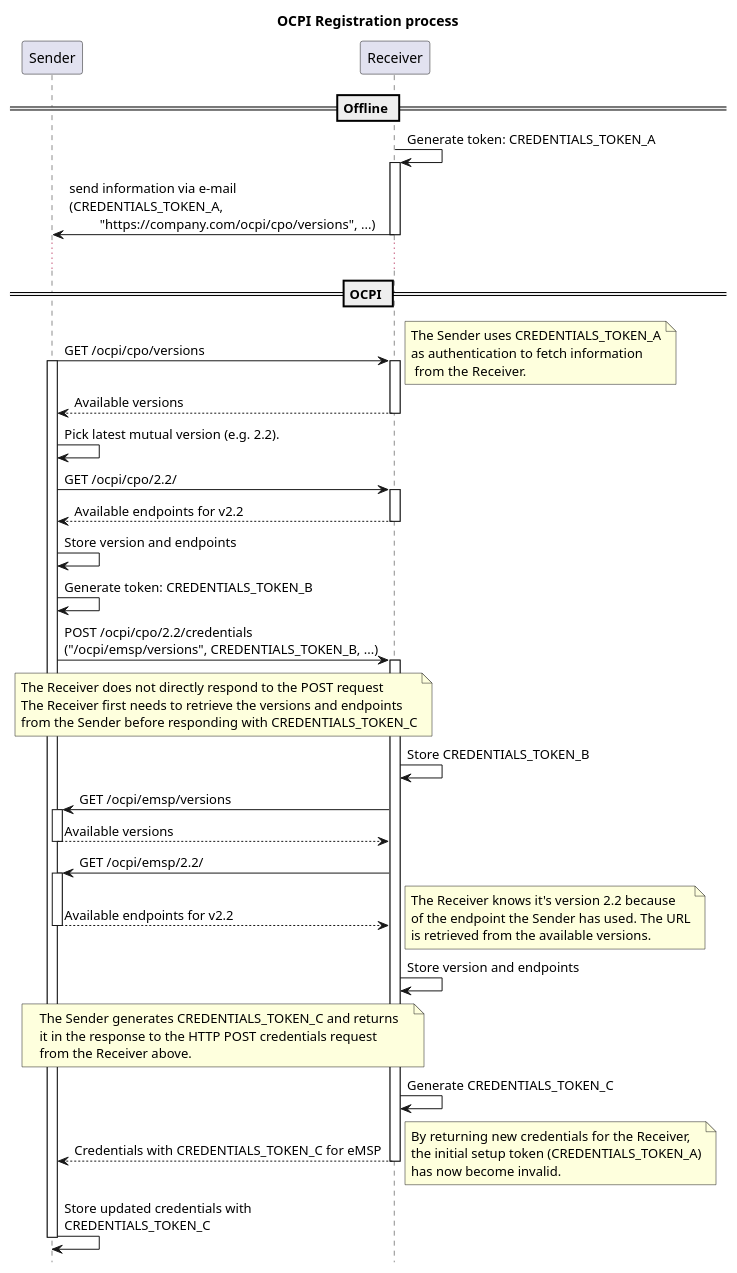
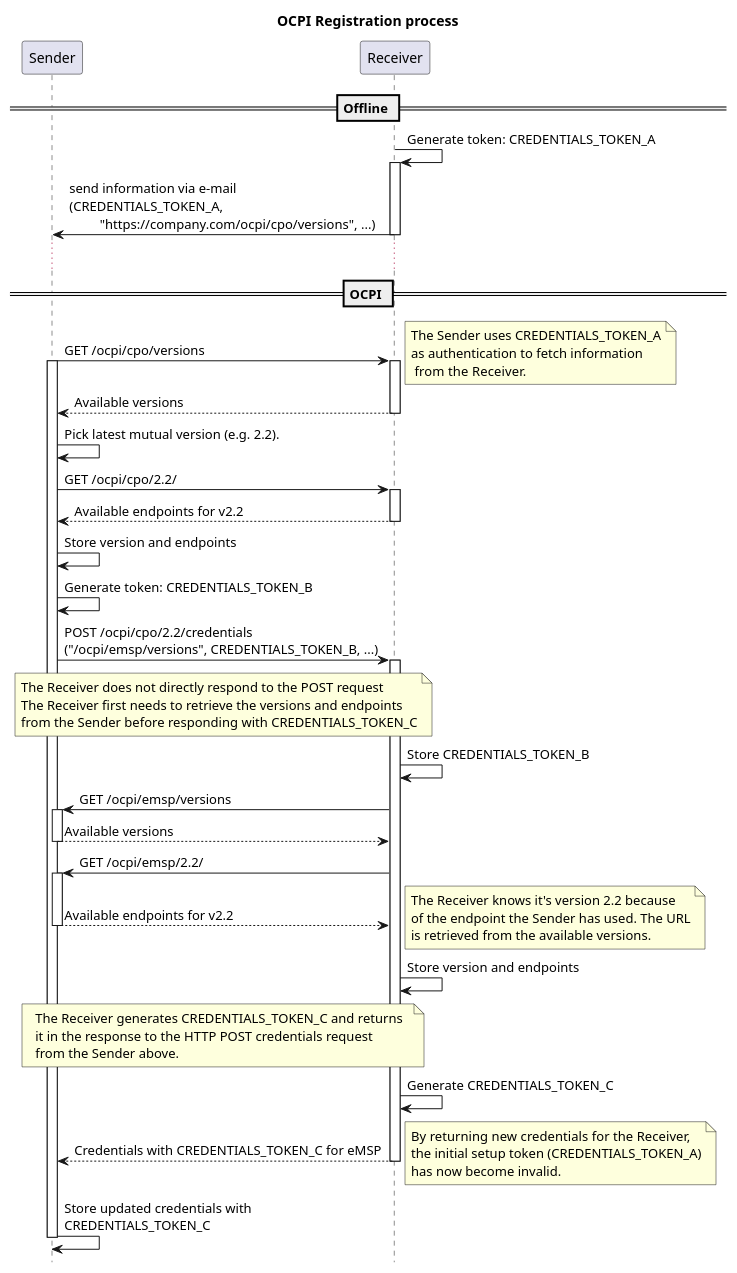
One commit to ocpi/ocpi changed the diagram in plantuml/registration-sequence.plantuml. Above: the diagram before and after it, drawn with PlantUML. The commit also changed 1 other file, not shown here.

Commit message:
Fixed #305 swapper Sender Receiver

```diff
--- a/plantuml/registration-sequence.plantuml
+++ b/plantuml/registration-sequence.plantuml
@@ -1,80 +1,80 @@
 @startuml
 title OCPI Registration process
 hide footbox
 
 participant "Sender" AS eMSP
 participant "Receiver" AS CPO
 
 == Offline ==
 
 CPO -> CPO: Generate token: CREDENTIALS_TOKEN_A
 activate CPO
 CPO -> eMSP: send information via e-mail \n(CREDENTIALS_TOKEN_A,\n         "https://company.com/ocpi/cpo/versions", ...)
 deactivate CPO
 
 ...
 
 == OCPI ==
 
 CPO <- eMSP: GET /ocpi/cpo/versions
 activate eMSP
 activate CPO
 note right
     The Sender uses CREDENTIALS_TOKEN_A
     as authentication to fetch information
      from the Receiver.
 end note
 CPO --> eMSP: Available versions
 deactivate CPO
 
 eMSP -> eMSP: Pick latest mutual version (e.g. 2.2).
 CPO <- eMSP: GET /ocpi/cpo/2.2/
 activate CPO
 CPO --> eMSP: Available endpoints for v2.2
 deactivate CPO
 eMSP -> eMSP: Store version and endpoints
 eMSP -> eMSP: Generate token: CREDENTIALS_TOKEN_B
 CPO <- eMSP: POST /ocpi/cpo/2.2/credentials \n("/ocpi/emsp/versions", CREDENTIALS_TOKEN_B, ...)
 
 note over CPO, eMSP
   The Receiver does not directly respond to the POST request
   The Receiver first needs to retrieve the versions and endpoints
   from the Sender before responding with CREDENTIALS_TOKEN_C
 end note
 
 activate CPO
 CPO -> CPO: Store CREDENTIALS_TOKEN_B
 CPO -> eMSP: GET /ocpi/emsp/versions
 activate eMSP
 CPO <-- eMSP: Available versions
 deactivate eMSP
 CPO -> eMSP: GET /ocpi/emsp/2.2/
 activate eMSP
 CPO <-- eMSP: Available endpoints for v2.2
 deactivate eMSP
 note right
     The Receiver knows it's version 2.2 because
     of the endpoint the Sender has used. The URL
     is retrieved from the available versions.
 end note
 CPO -> CPO: Store version and endpoints
 note over CPO, eMSP
-  The Sender generates CREDENTIALS_TOKEN_C and returns
+  The Receiver generates CREDENTIALS_TOKEN_C and returns
   it in the response to the HTTP POST credentials request 
-  from the Receiver above.
+  from the Sender above.
 end note
 CPO -> CPO: Generate CREDENTIALS_TOKEN_C
 CPO --> eMSP: Credentials with CREDENTIALS_TOKEN_C for eMSP
 deactivate CPO
 
 
 note right
     By returning new credentials for the Receiver,
     the initial setup token (CREDENTIALS_TOKEN_A)
     has now become invalid.
 end note
 eMSP -> eMSP: Store updated credentials with\nCREDENTIALS_TOKEN_C
 
 deactivate eMSP
 
 @enduml
```
